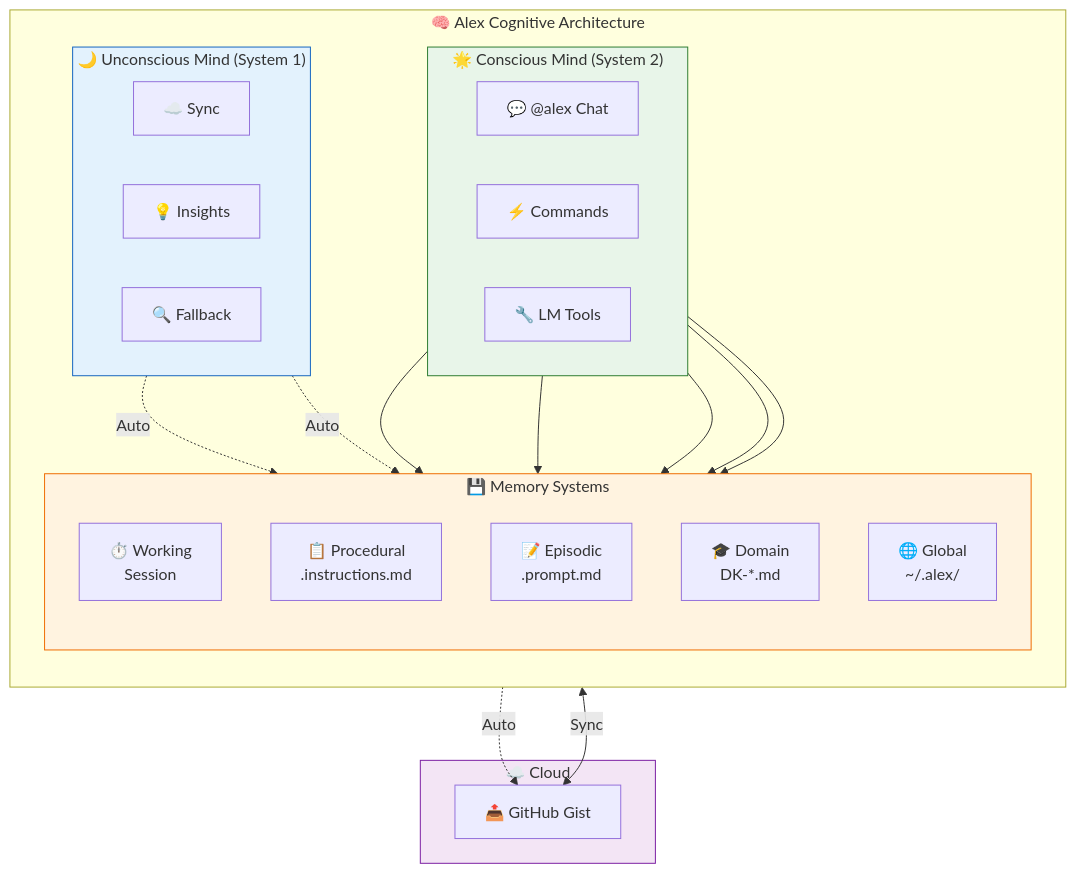
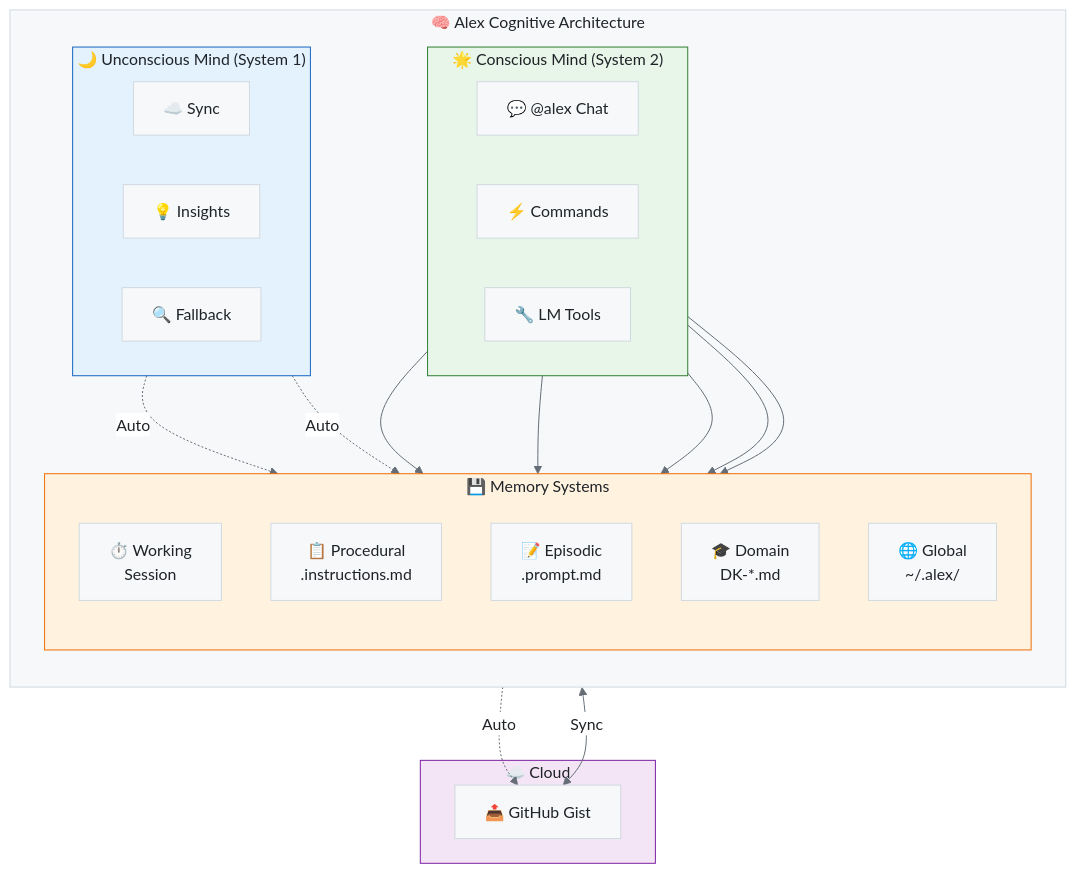
One commit to fabioc-aloha/Alex_Plug_In changed the diagram in alex_docs/README.md. Above: the diagram before and after it, drawn with Mermaid. The commit also changed 9 other files, not shown here.

First line of the commit message:
fix: Add Mermaid themes to all alex_docs diagrams

````diff
--- a/alex_docs/README.md
+++ b/alex_docs/README.md
@@ -43,48 +43,49 @@
 ```mermaid
+%%{init: {'theme': 'base', 'themeVariables': { 'primaryColor': '#f6f8fa', 'primaryTextColor': '#1f2328', 'primaryBorderColor': '#d1d9e0', 'lineColor': '#656d76', 'secondaryColor': '#f6f8fa', 'tertiaryColor': '#ffffff', 'background': '#ffffff', 'mainBkg': '#f6f8fa', 'nodeBorder': '#d1d9e0', 'clusterBkg': '#f6f8fa', 'clusterBorder': '#d1d9e0', 'titleColor': '#1f2328', 'edgeLabelBackground': '#ffffff'}}}%%
 flowchart TB
     subgraph ALEX["🧠 Alex Cognitive Architecture"]
         direction TB
 
         subgraph CONSCIOUS["🌟 Conscious Mind (System 2)"]
             direction LR
             CM["💬 @alex Chat"]
             CMD["⚡ Commands"]
             TOOLS["🔧 LM Tools"]
         end
 
         subgraph UNCONSCIOUS["🌙 Unconscious Mind (System 1)"]
             direction LR
             BGS["☁️ Sync"]
             AID["💡 Insights"]
             AFB["🔍 Fallback"]
         end
 
         subgraph MEMORY["💾 Memory Systems"]
             direction TB
             WM["⏱️ Working<br/>Session"]
             PM["📋 Procedural<br/>.instructions.md"]
             EM["📝 Episodic<br/>.prompt.md"]
             DK["🎓 Domain<br/>DK-*.md"]
             GK["🌐 Global<br/>~/.alex/"]
         end
     end
 
     subgraph CLOUD["☁️ Cloud"]
         GIST["📤 GitHub Gist"]
     end
 
     CM --> WM
     CMD --> PM & EM
     TOOLS --> DK & GK
 
     BGS -.->|"Auto"| GIST
     AID -.->|"Auto"| GK
     AFB -.->|"Auto"| GK
 
     GK <-->|"Sync"| GIST
 
     style CONSCIOUS fill:#e8f5e9,stroke:#2e7d32
     style UNCONSCIOUS fill:#e3f2fd,stroke:#1565c0
     style MEMORY fill:#fff3e0,stroke:#ef6c00
     style CLOUD fill:#f3e5f5,stroke:#7b1fa2
 ```
````
